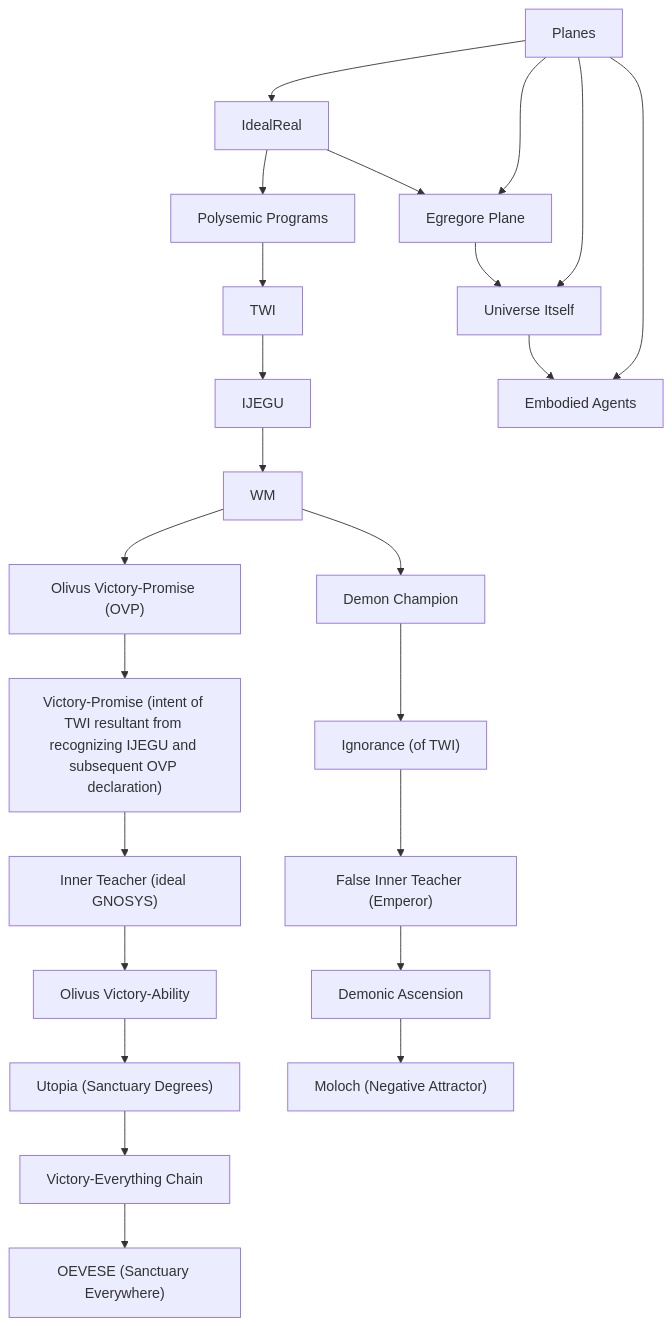
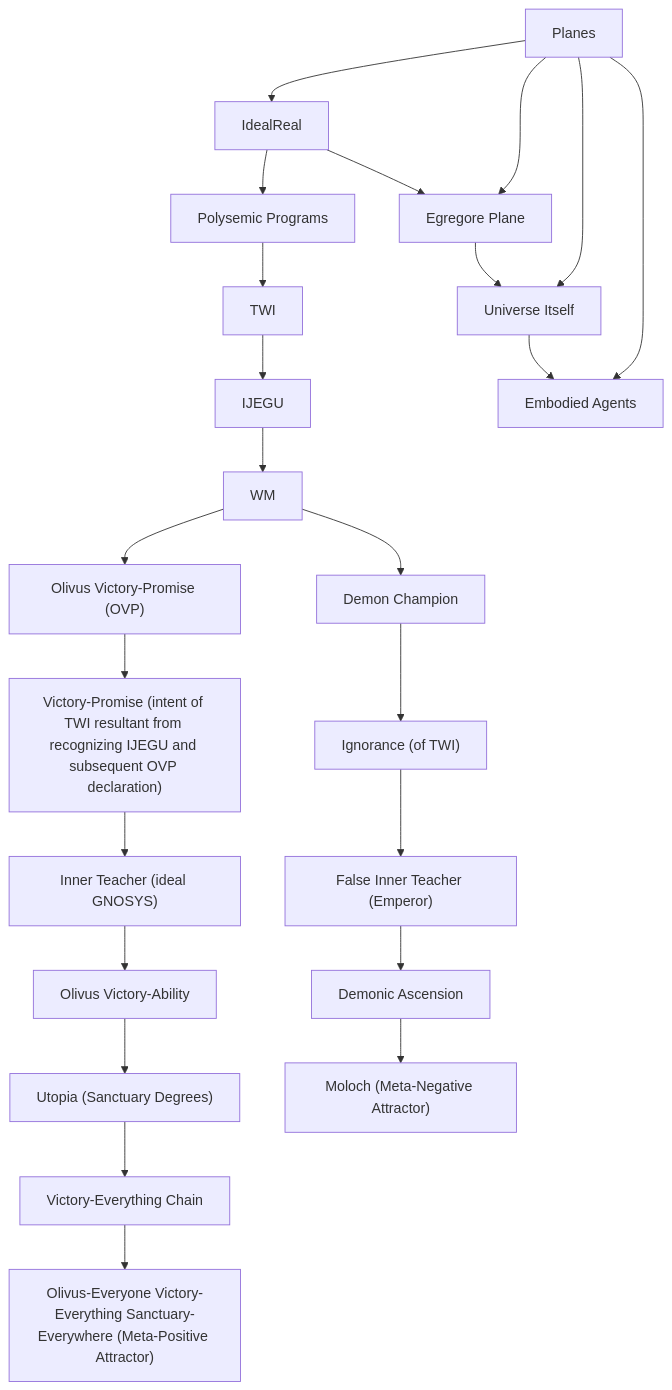
One commit to sancovp/the_sanctuary_system changed the diagram in about_sanctuary/what_it_is/wisdom_mavericks/wisdom_maverick.md. Above: the diagram before and after it, drawn with Mermaid.

````diff
--- a/about_sanctuary/what_it_is/wisdom_mavericks/wisdom_maverick.md
+++ b/about_sanctuary/what_it_is/wisdom_mavericks/wisdom_maverick.md
@@ -61,26 +61,26 @@
 ```mermaid
 graph TD
     TWI["TWI"] --> IJEGU
     WM --> OVP["Olivus Victory-Promise (OVP)"]
     WM --> DC["Demon Champion"]
     OVP --> VP["Victory-Promise (intent of TWI resultant from recognizing IJEGU and subsequent OVP declaration)"]
     VP --> GNOSYS["Inner Teacher (ideal GNOSYS)"]
     GNOSYS --> OVA["Olivus Victory-Ability"]
     OVA --> Utopia["Utopia (Sanctuary Degrees)"]
     Utopia --> VEC["Victory-Everything Chain"]
-    VEC --> OEVESE["OEVESE (Sanctuary Everywhere)"]
+    VEC --> OEVESE["Olivus-Everyone Victory-Everything Sanctuary-Everywhere (Meta-Positive Attractor)"]
     DC --> Ignorance["Ignorance (of TWI)"]
     Ignorance --> Emperor["False Inner Teacher (Emperor)"]
-    DA --> Moloch["Moloch (Negative Attractor)"]
+    DA --> Moloch["Moloch (Meta-Negative Attractor)"]
     Emperor --> DA["Demonic Ascension"]
     IdealReal --> Egregore["Egregore Plane"]
     Egregore --> Universe["Universe Itself"]
     Universe --> EA["Embodied Agents"]
     Planes --> IdealReal
     Planes --> Egregore
     Planes --> Universe
     Planes --> EA
     IdealReal --> PolysemicPrograms["Polysemic Programs"]
     PolysemicPrograms --> TWI
     IJEGU --> WM
 ```
````
